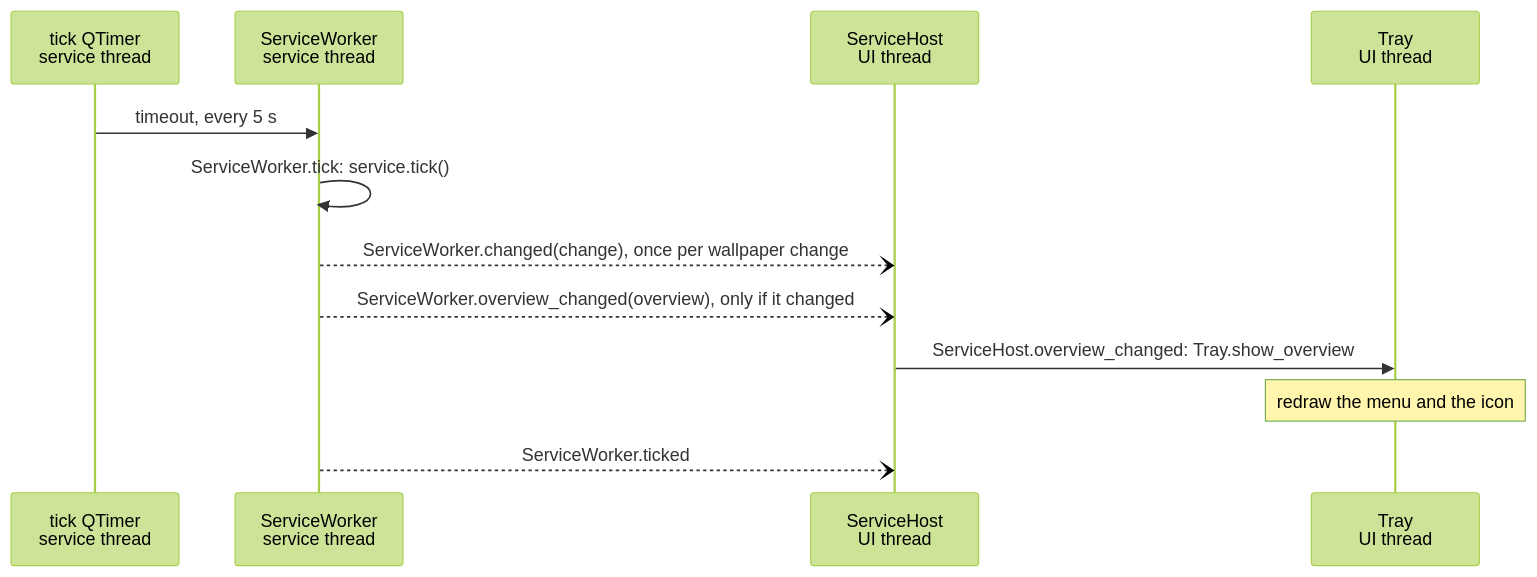
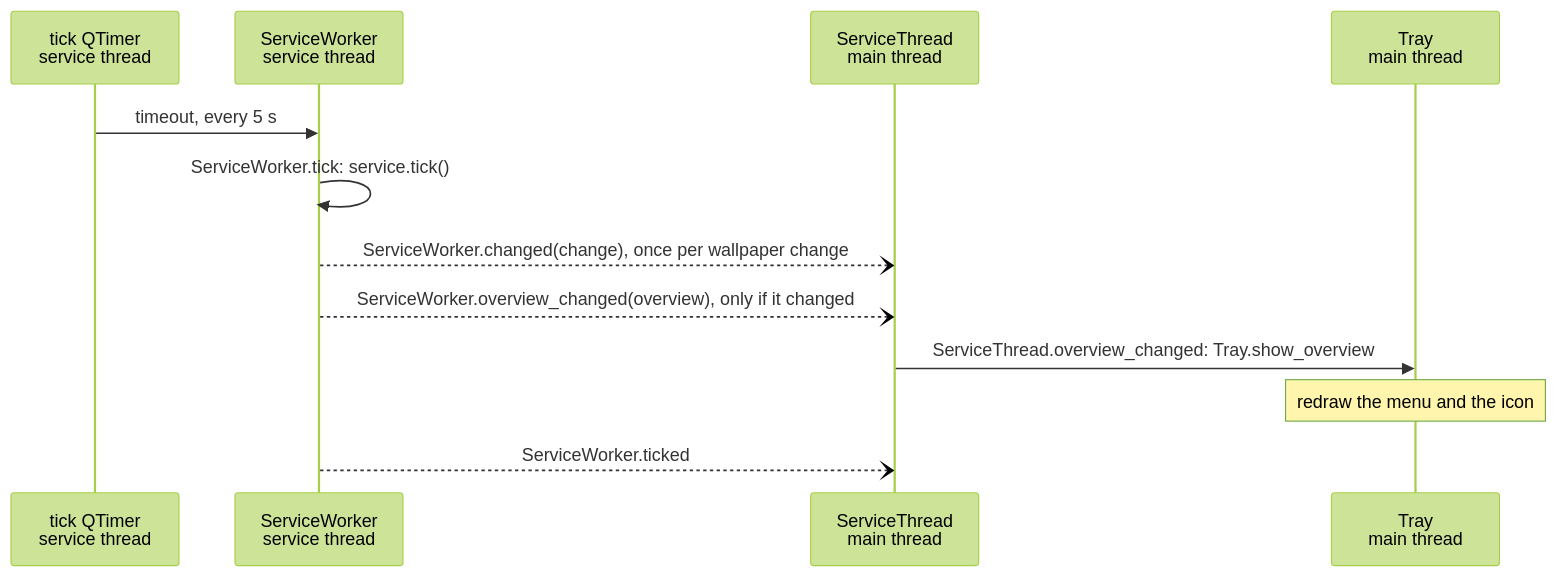
Before and after one commit to cheshire0xff/wallpaper_py: the fourth of 10 diagrams in docs/app-wiring.md, drawn with Mermaid (forest theme). The commit also changed other lines of this file and 68 other files, not shown here.

````diff
--- a/docs/app-wiring.md
+++ b/docs/app-wiring.md
@@ -129,15 +129,15 @@
 ```mermaid
 sequenceDiagram
     participant T as tick QTimer<br/>service thread
     participant W as ServiceWorker<br/>service thread
-    participant H as ServiceHost<br/>UI thread
-    participant Tr as Tray<br/>UI thread
+    participant H as ServiceThread<br/>main thread
+    participant Tr as Tray<br/>main thread
 
     T->>W: timeout, every 5 s
     W->>W: ServiceWorker.tick: service.tick()
     W--)H: ServiceWorker.changed(change), once per wallpaper change
     W--)H: ServiceWorker.overview_changed(overview), only if it changed
-    H->>Tr: ServiceHost.overview_changed: Tray.show_overview
+    H->>Tr: ServiceThread.overview_changed: Tray.show_overview
     Note over Tr: redraw the menu and the icon
     W--)H: ServiceWorker.ticked
 ```
````
